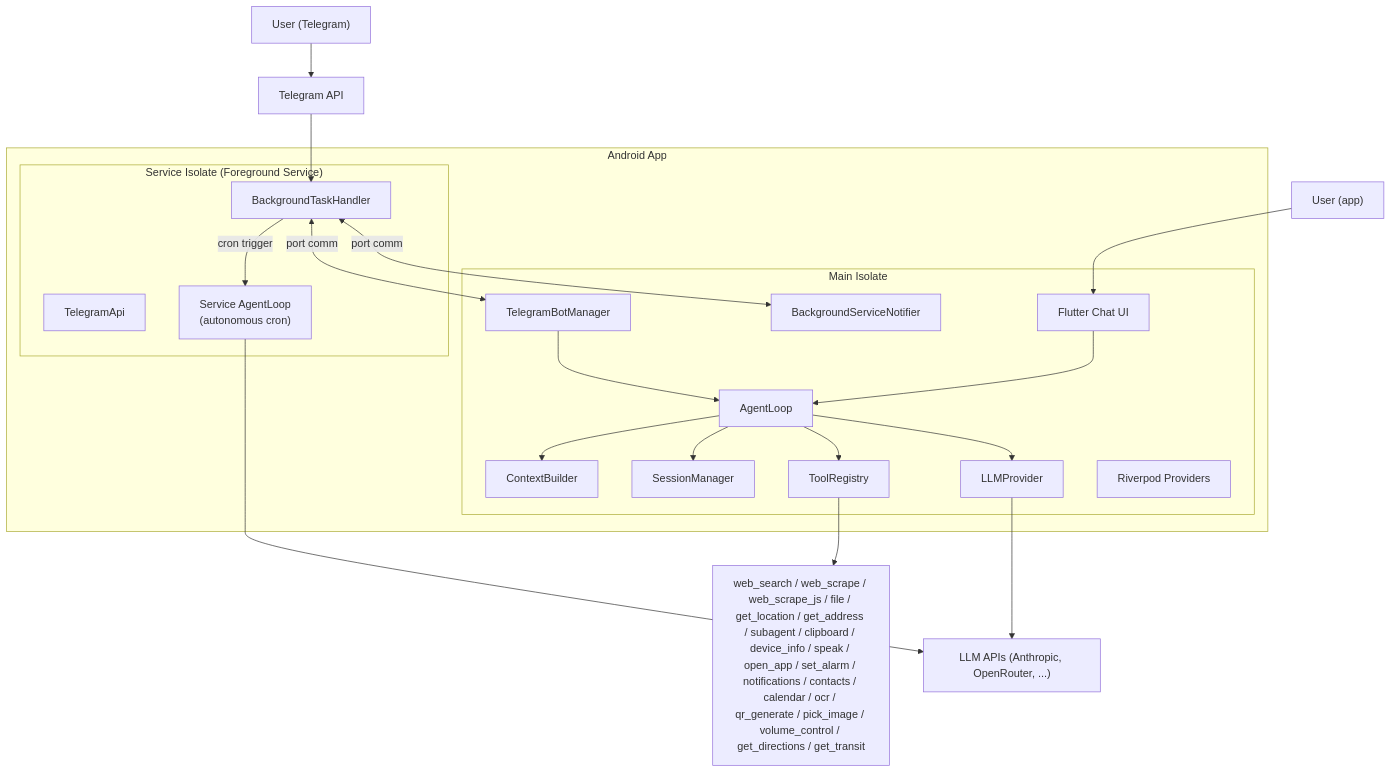
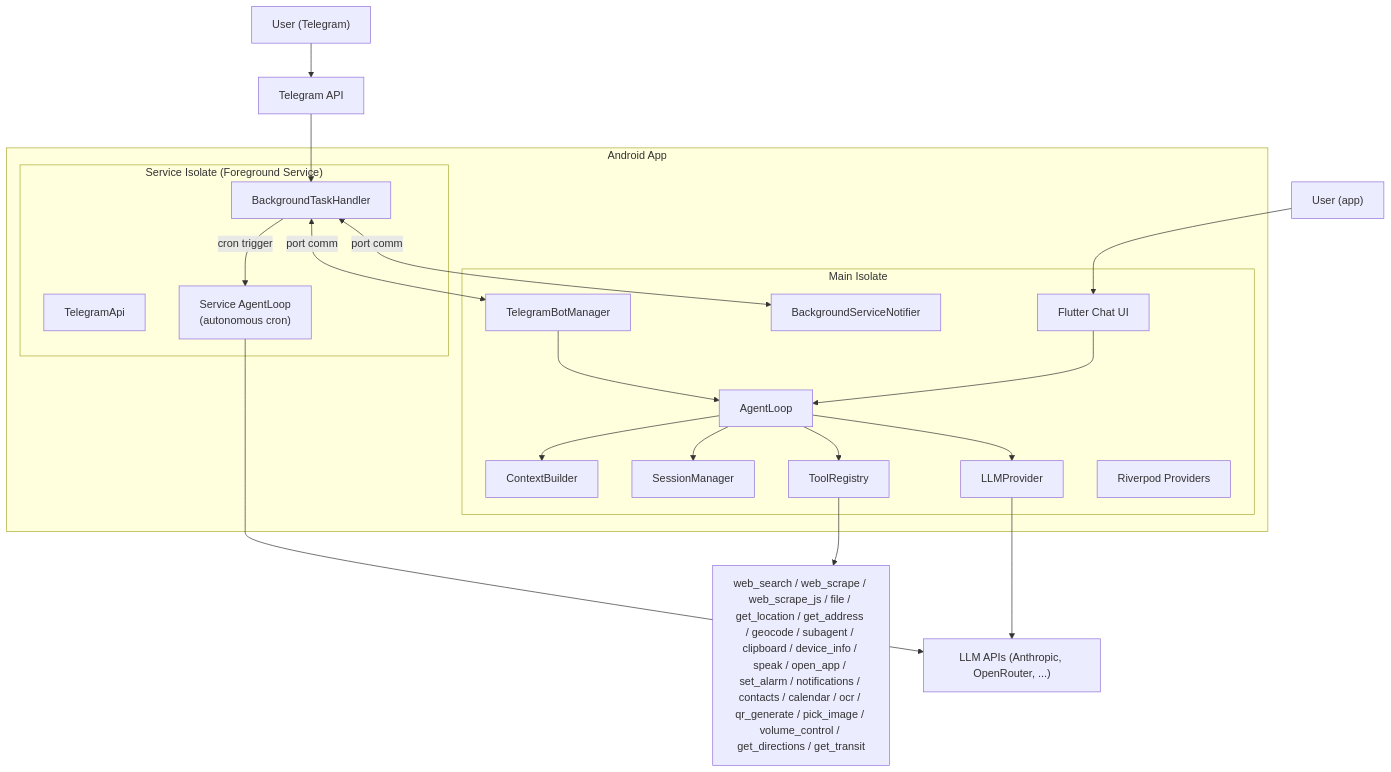
The first of 3 diagrams in README.md (dgirard/droidclaw), drawn with Mermaid before and after one commit. The commit also changed other lines of this file and 6 other files, not shown here.

First line of the commit message:
feat: add geocode tool (address to GPS coordinates via ORS)

````diff
--- a/README.md
+++ b/README.md
@@ -57,37 +57,37 @@
 ```mermaid
 graph TB
     subgraph "Android App"
         subgraph "Main Isolate"
             UI["Flutter Chat UI"]
             TM["TelegramBotManager"]
             BG["BackgroundServiceNotifier"]
             AL["AgentLoop"]
             CB["ContextBuilder"]
             SM["SessionManager"]
             TR["ToolRegistry"]
             LP["LLMProvider"]
             RP["Riverpod Providers"]
         end
         subgraph "Service Isolate (Foreground Service)"
             BTH["BackgroundTaskHandler"]
             TA["TelegramApi"]
             SAL["Service AgentLoop\n(autonomous cron)"]
         end
     end
 
     User1["User (app)"] --> UI
     User2["User (Telegram)"] --> TG["Telegram API"]
     TG --> BTH
     BTH <-->|"port comm"| BG
     BTH <-->|"port comm"| TM
     BTH -->|"cron trigger"| SAL
     UI --> AL
     TM --> AL
     AL --> LP
     AL --> TR
     AL --> SM
     AL --> CB
     SAL --> LLM
     LP --> LLM["LLM APIs (Anthropic, OpenRouter, ...)"]
-    TR --> Tools["web_search / web_scrape / web_scrape_js / file / get_location / get_address / subagent / clipboard / device_info / speak / open_app / set_alarm / notifications / contacts / calendar / ocr / qr_generate / pick_image / volume_control / get_directions / get_transit"]
+    TR --> Tools["web_search / web_scrape / web_scrape_js / file / get_location / get_address / geocode / subagent / clipboard / device_info / speak / open_app / set_alarm / notifications / contacts / calendar / ocr / qr_generate / pick_image / volume_control / get_directions / get_transit"]
 ```
````
